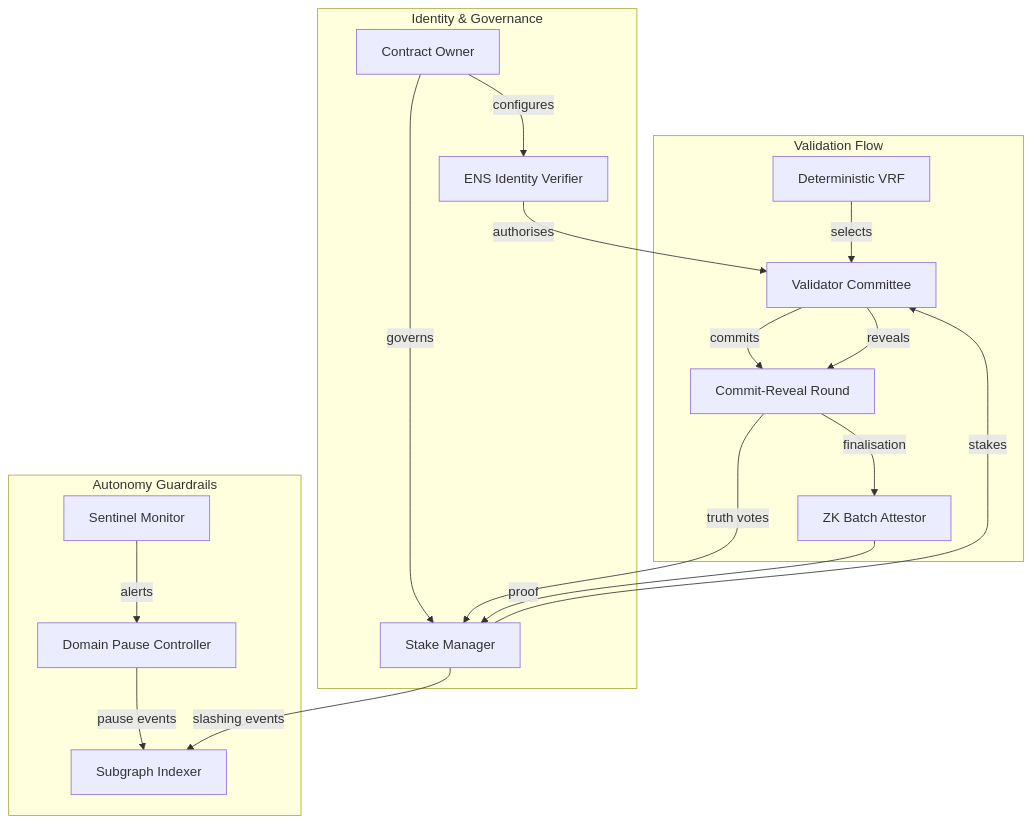
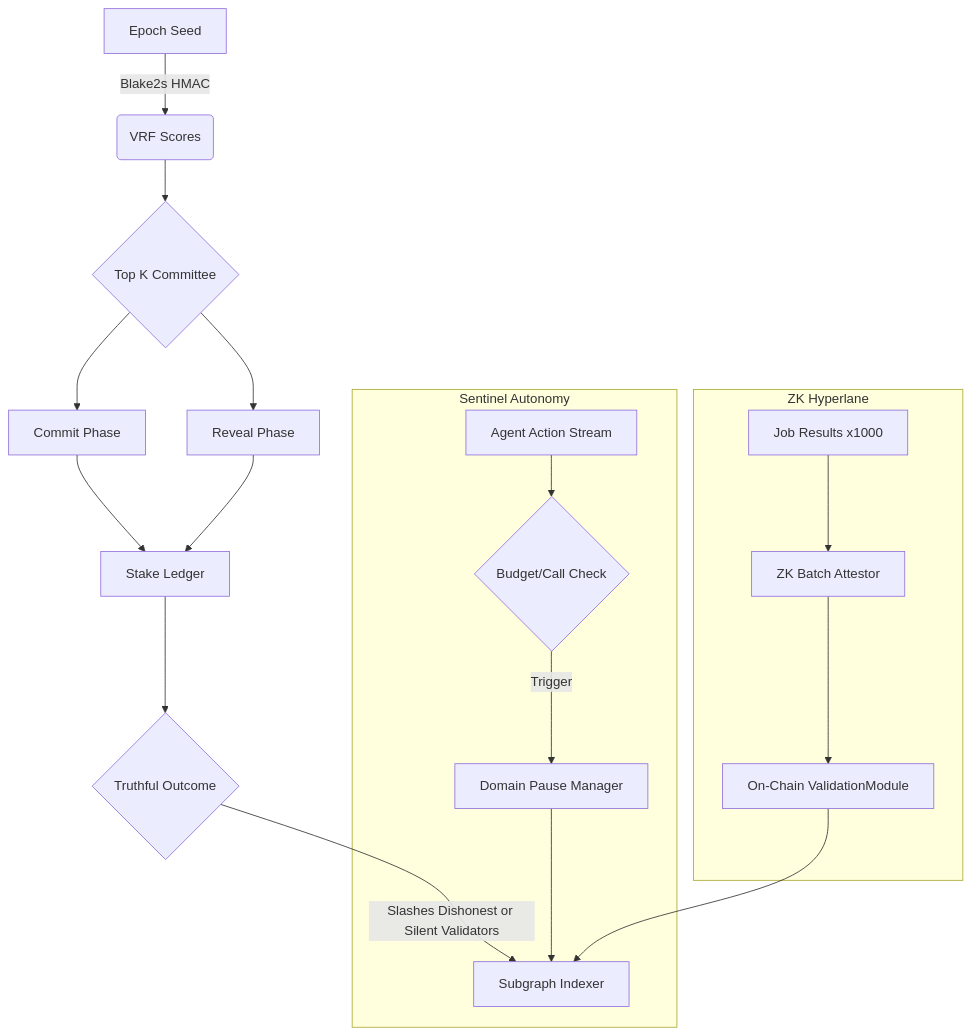
The first of 2 diagrams in demo/Validator-Constellation-v0/README.md (MontrealAI/AGIJobsv0), drawn with Mermaid before and after one commit. The commit also changed other lines of this file and 15 other files, not shown here.

````diff
--- a/demo/Validator-Constellation-v0/README.md
+++ b/demo/Validator-Constellation-v0/README.md
@@ -55,35 +48,21 @@
 ```mermaid
-graph TD
-    subgraph Identity & Governance
-        Owner[Contract Owner]
-        ENSVerifier[ENS Identity Verifier]
-        StakeMgr[Stake Manager]
-        Owner -->|configures| ENSVerifier
-        Owner -->|governs| StakeMgr
+flowchart TD
+    A[Epoch Seed] -->|Blake2s HMAC| B(VRF Scores)
+    B --> C{Top K Committee}
+    C --> D1[Commit Phase]
+    C --> D2[Reveal Phase]
+    D1 --> E[Stake Ledger]
+    D2 --> E
+    E --> F{Truthful Outcome}
+    F -->|Slashes Dishonest or Silent Validators| G[Subgraph Indexer]
+    subgraph Sentinel Autonomy
+        H[Agent Action Stream] --> I{Budget/Call Check}
+        I -->|Trigger| J[Domain Pause Manager]
+        J --> G
     end
-
-    subgraph Validation Flow
-        VRF[Deterministic VRF]
-        Committee[Validator Committee]
-        CommitReveal[Commit-Reveal Round]
-        ZKBatch[ZK Batch Attestor]
+    subgraph ZK Hyperlane
+        K[Job Results x1000] --> L[ZK Batch Attestor]
+        L --> M[On-Chain ValidationModule]
+        M --> G
     end
-
-    subgraph Autonomy Guardrails
-        Sentinel[Sentinel Monitor]
-        PauseCtrl[Domain Pause Controller]
-        SubgraphIndexer[Subgraph Indexer]
-    end
-
-    ENSVerifier -->|authorises| Committee
-    StakeMgr -->|stakes| Committee
-    VRF -->|selects| Committee
-    Committee -->|commits| CommitReveal
-    Committee -->|reveals| CommitReveal
-    CommitReveal -->|truth votes| StakeMgr
-    CommitReveal -->|finalisation| ZKBatch
-    ZKBatch -->|proof| StakeMgr
-    Sentinel -->|alerts| PauseCtrl
-    PauseCtrl -->|pause events| SubgraphIndexer
-    StakeMgr -->|slashing events| SubgraphIndexer
 ```
````
